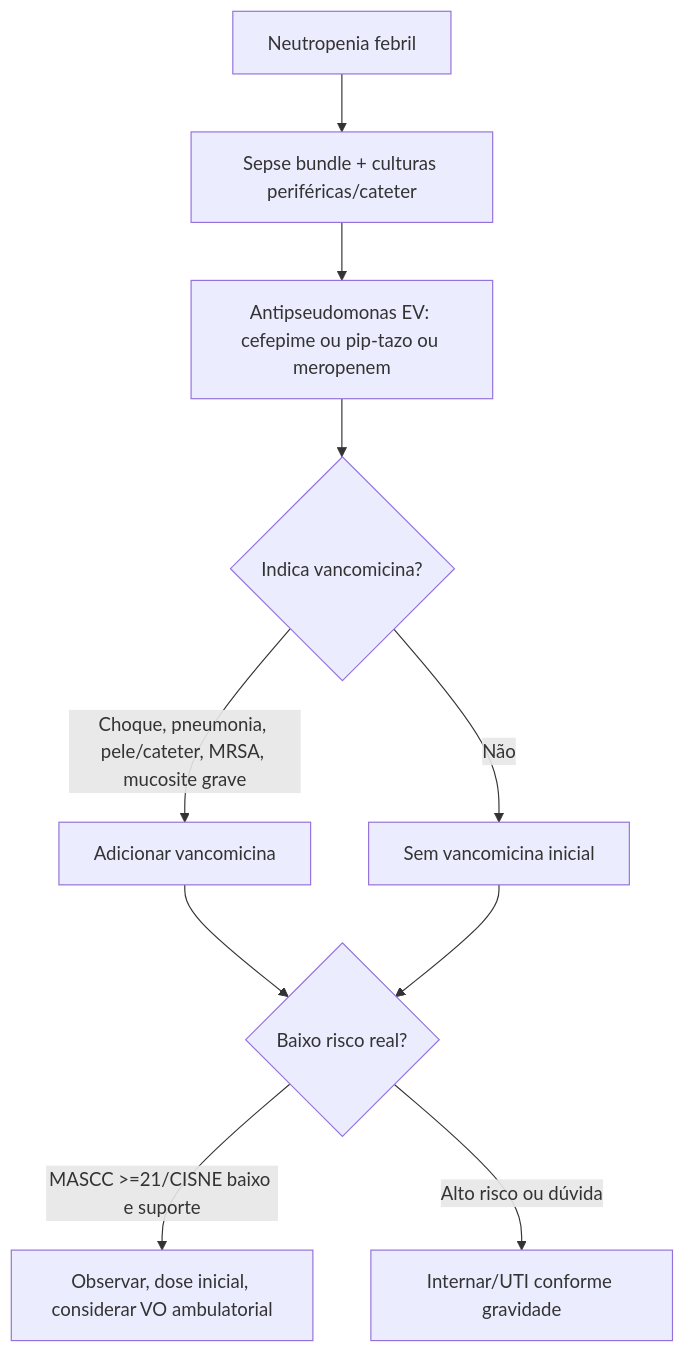
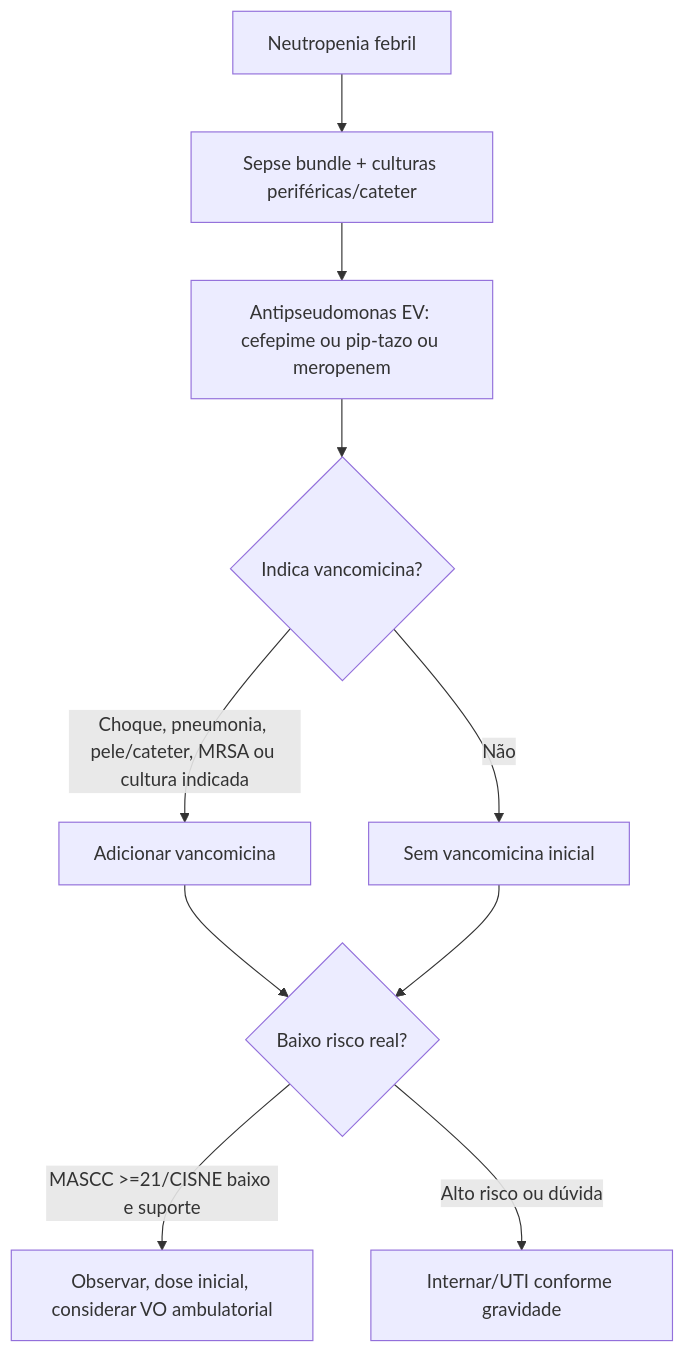
The second of 4 diagrams in Intensivao/temas/015_hemato-oncologia-emergencia.md (ThiagoPersona/emergencia26), drawn with Mermaid before and after one commit. The commit also changed other lines of this file and 11 other files, not shown here.

````diff
--- a/Intensivao/temas/015_hemato-oncologia-emergencia.md
+++ b/Intensivao/temas/015_hemato-oncologia-emergencia.md
@@ -241,12 +246,12 @@
 ```mermaid
 flowchart TD
     A[Neutropenia febril] --> B[Sepse bundle + culturas periféricas/cateter]
     B --> C[Antipseudomonas EV: cefepime ou pip-tazo ou meropenem]
     C --> D{Indica vancomicina?}
-    D -->|Choque, pneumonia, pele/cateter, MRSA, mucosite grave| E[Adicionar vancomicina]
+    D -->|Choque, pneumonia, pele/cateter, MRSA ou cultura indicada| E[Adicionar vancomicina]
     D -->|Não| F[Sem vancomicina inicial]
     E --> G{Baixo risco real?}
     F --> G
     G -->|MASCC >=21/CISNE baixo e suporte| H[Observar, dose inicial, considerar VO ambulatorial]
     G -->|Alto risco ou dúvida| I[Internar/UTI conforme gravidade]
 ```
````
